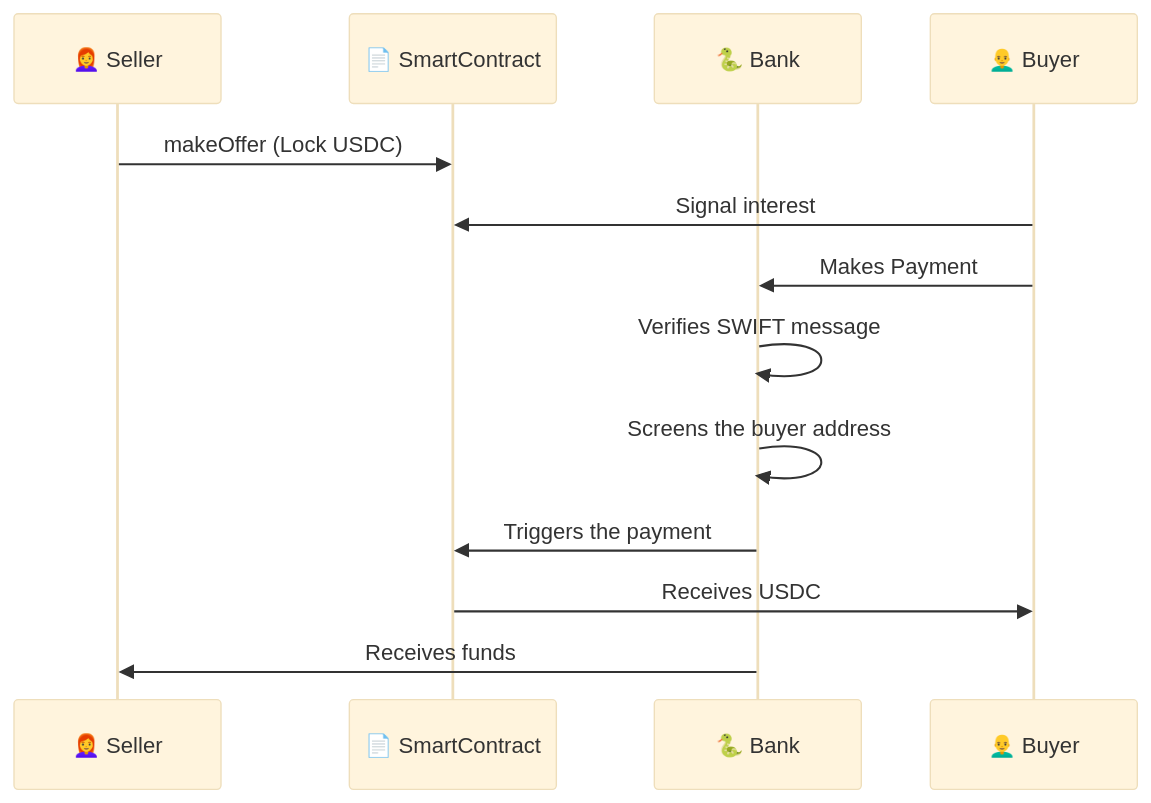
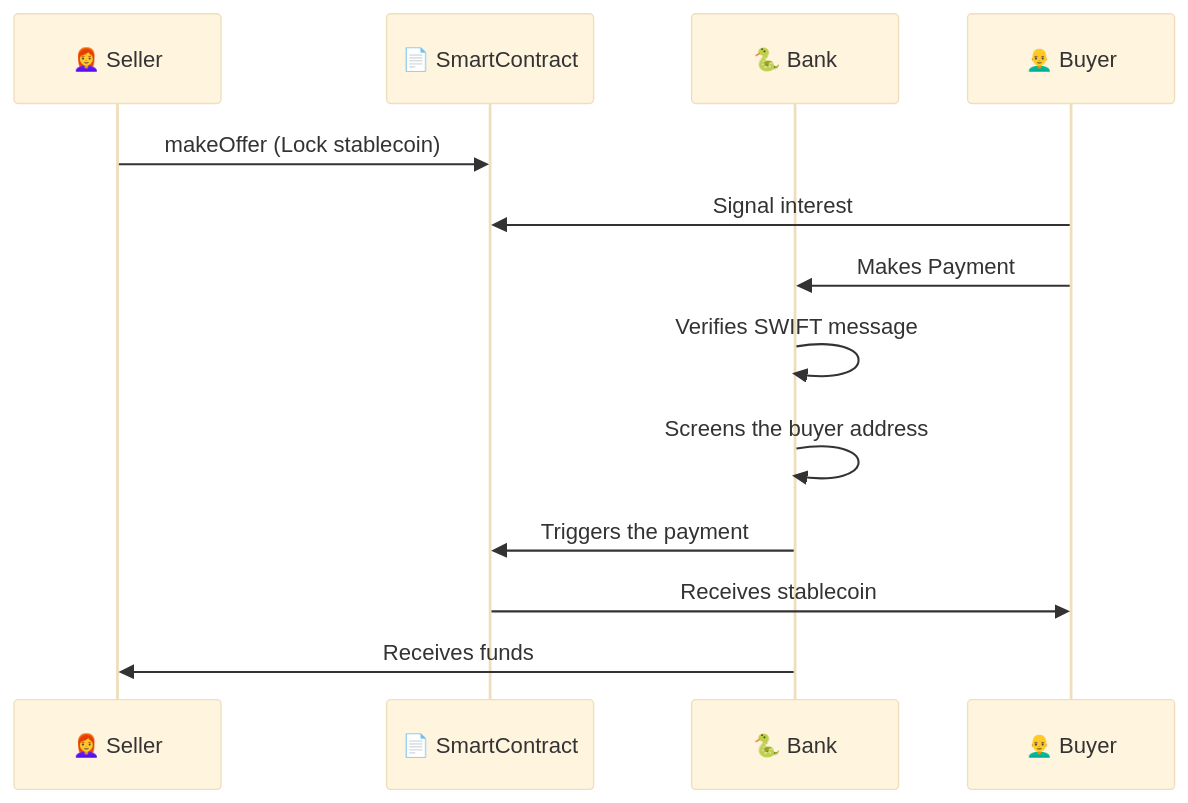
One commit to Xalava/NagaBanking changed the diagram in README.md. Above: the diagram before and after it, drawn with Mermaid (base theme). The commit also changed other lines of this file and 2 other files, not shown here.

````diff
--- a/README.md
+++ b/README.md
@@ -11,16 +17,16 @@
 ```mermaid
 sequenceDiagram
    participant 👩‍🦰 Seller
    participant 📄 SmartContract
    participant 🐍 Bank
    participant 👨‍🦲 Buyer
 
-   👩‍🦰 Seller->>📄 SmartContract: makeOffer (Lock USDC)
+   👩‍🦰 Seller->>📄 SmartContract: makeOffer (Lock stablecoin)
    👨‍🦲 Buyer->>📄 SmartContract: Signal interest
    👨‍🦲 Buyer->>🐍 Bank: Makes Payment
    🐍 Bank->>🐍 Bank: Verifies SWIFT message
    🐍 Bank->>🐍 Bank: Screens the buyer address
    🐍 Bank->>📄 SmartContract: Triggers the payment
-   📄 SmartContract->>👨‍🦲 Buyer: Receives USDC
+   📄 SmartContract->>👨‍🦲 Buyer: Receives stablecoin
    🐍 Bank->>👩‍🦰 Seller: Receives funds
 ```
````
